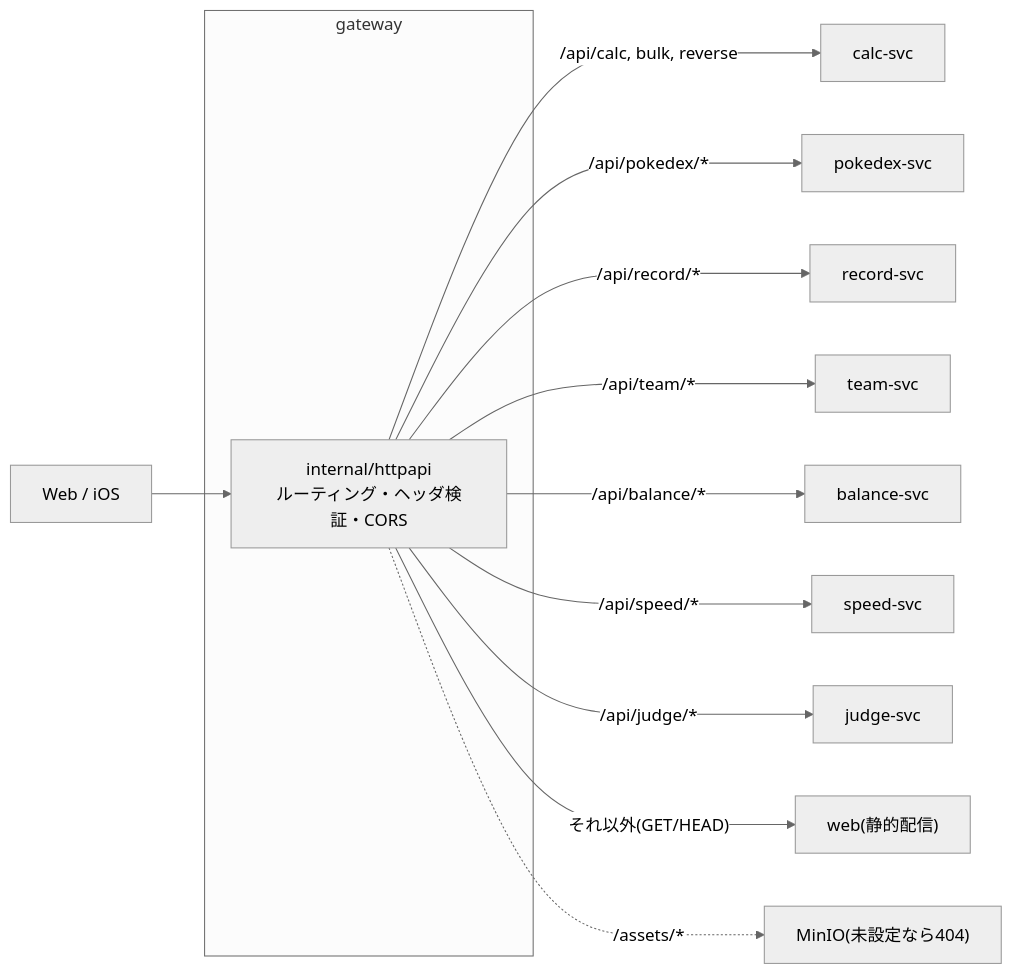
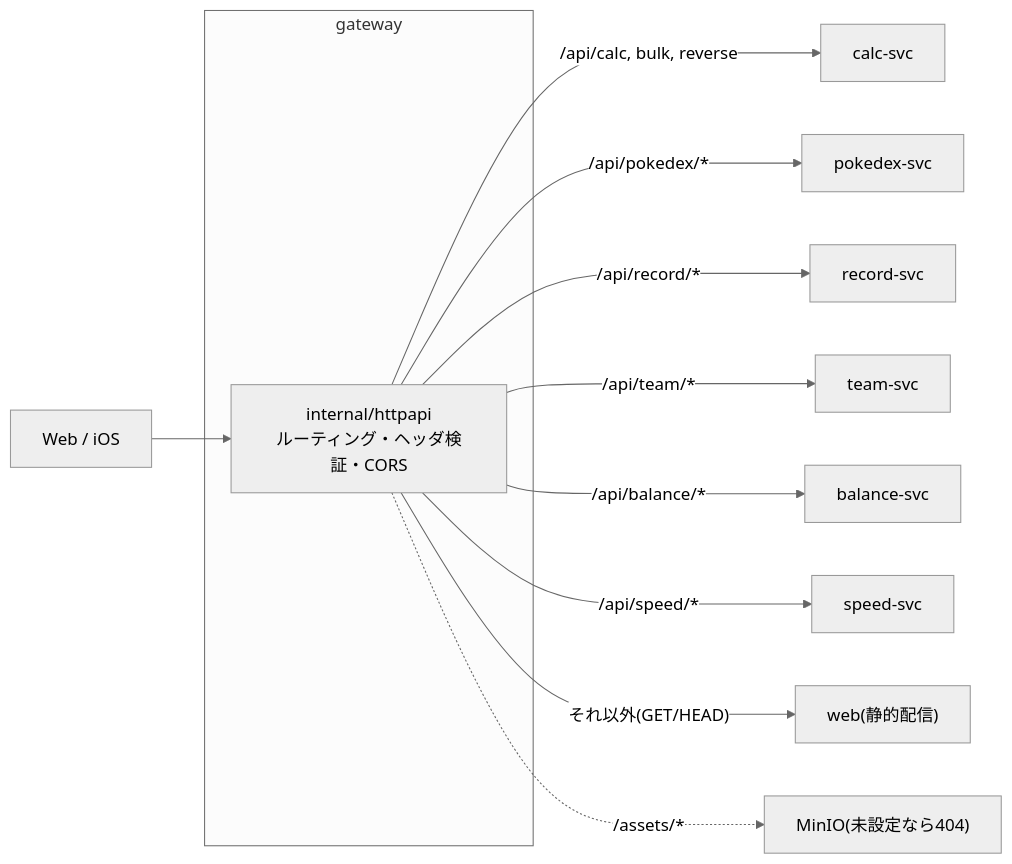
Before and after one commit to yxicun89/MyDamageCalcurater: the diagram in services/gateway/README.md, drawn with Mermaid (neutral theme). The commit also changed other lines of this file and 125 other files, not shown here.

````diff
--- a/services/gateway/README.md
+++ b/services/gateway/README.md
@@ -6,16 +6,15 @@
 ```mermaid
 flowchart LR
   Client["Web / iOS"] --> GW
   subgraph gw["gateway"]
     GW["internal/httpapi<br/>ルーティング・ヘッダ検証・CORS"]
   end
   GW -->|"/api/calc, bulk, reverse"| Calc["calc-svc"]
   GW -->|"/api/pokedex/*"| Pokedex["pokedex-svc"]
   GW -->|"/api/record/*"| Record["record-svc"]
   GW -->|"/api/team/*"| Team["team-svc"]
   GW -->|"/api/balance/*"| Balance["balance-svc"]
   GW -->|"/api/speed/*"| Speed["speed-svc"]
-  GW -->|"/api/judge/*"| Judge["judge-svc"]
   GW -->|"それ以外(GET/HEAD)"| Web["web(静的配信)"]
   GW -.->|"/assets/*"| Assets["MinIO(未設定なら404)"]
 ```
````
